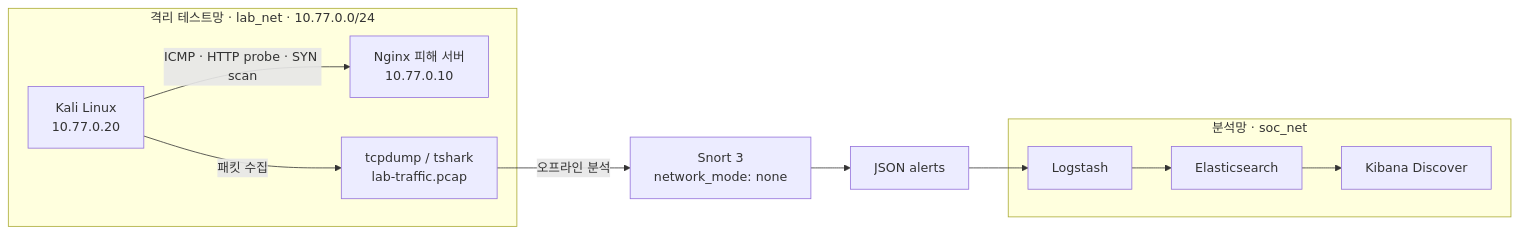
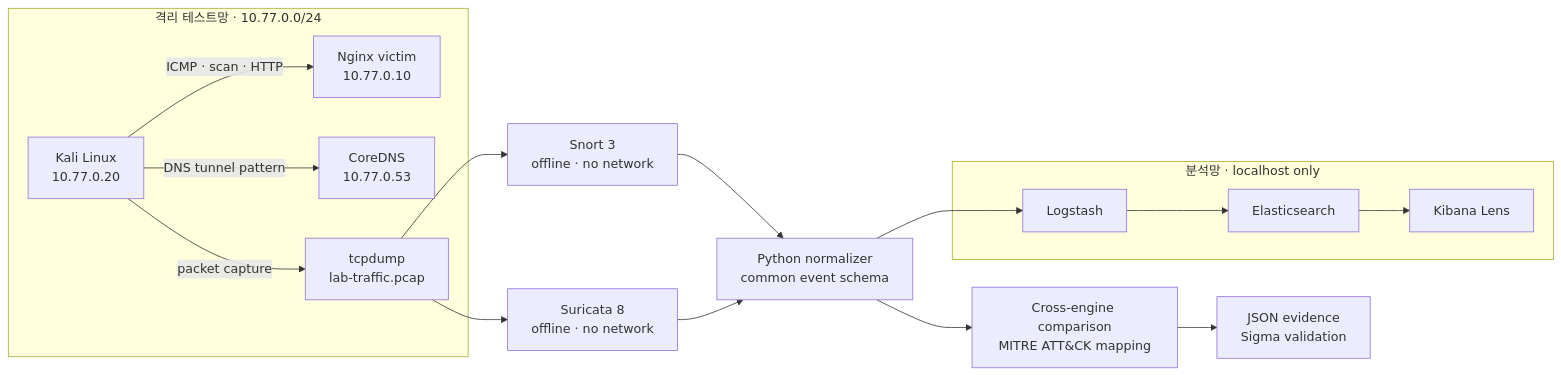
Before and after one commit to teriyakki-jin/network-forensics-lab: the diagram in README.md, drawn with Mermaid. The commit also changed other lines of this file and 44 other files, not shown here.

Commit message:
feat: Snort·Suricata 교차 포렌식 파이프라인 구축

````diff
--- a/README.md
+++ b/README.md
@@ -36,19 +30,25 @@
 ```mermaid
 flowchart LR
-    subgraph LAB["격리 테스트망 · lab_net · 10.77.0.0/24"]
+    subgraph LAB["격리 테스트망 · 10.77.0.0/24"]
         KALI["Kali Linux<br/>10.77.0.20"]
-        VICTIM["Nginx 피해 서버<br/>10.77.0.10"]
-        PCAP["tcpdump / tshark<br/>lab-traffic.pcap"]
-        KALI -->|"ICMP · HTTP probe · SYN scan"| VICTIM
-        KALI -->|"패킷 수집"| PCAP
+        VICTIM["Nginx victim<br/>10.77.0.10"]
+        DNS["CoreDNS<br/>10.77.0.53"]
+        PCAP["tcpdump<br/>lab-traffic.pcap"]
+        KALI -->|"ICMP · scan · HTTP"| VICTIM
+        KALI -->|"DNS tunnel pattern"| DNS
+        KALI -->|"packet capture"| PCAP
     end
 
-    PCAP -->|"오프라인 분석"| SNORT["Snort 3<br/>network_mode: none"]
-    SNORT --> JSON["JSON alerts"]
+    PCAP --> SNORT["Snort 3<br/>offline · no network"]
+    PCAP --> SURICATA["Suricata 8<br/>offline · no network"]
+    SNORT --> NORMALIZE["Python normalizer<br/>common event schema"]
+    SURICATA --> NORMALIZE
+    NORMALIZE --> COMPARE["Cross-engine comparison<br/>MITRE ATT&CK mapping"]
 
-    subgraph SOC["분석망 · soc_net"]
-        LOGSTASH["Logstash"] --> ES["Elasticsearch"] --> KIBANA["Kibana Discover"]
+    subgraph SOC["분석망 · localhost only"]
+        LOGSTASH["Logstash"] --> ES["Elasticsearch"] --> KIBANA["Kibana Lens"]
     end
 
-    JSON --> LOGSTASH
+    NORMALIZE --> LOGSTASH
+    COMPARE --> EVIDENCE["JSON evidence<br/>Sigma validation"]
 ```
````
